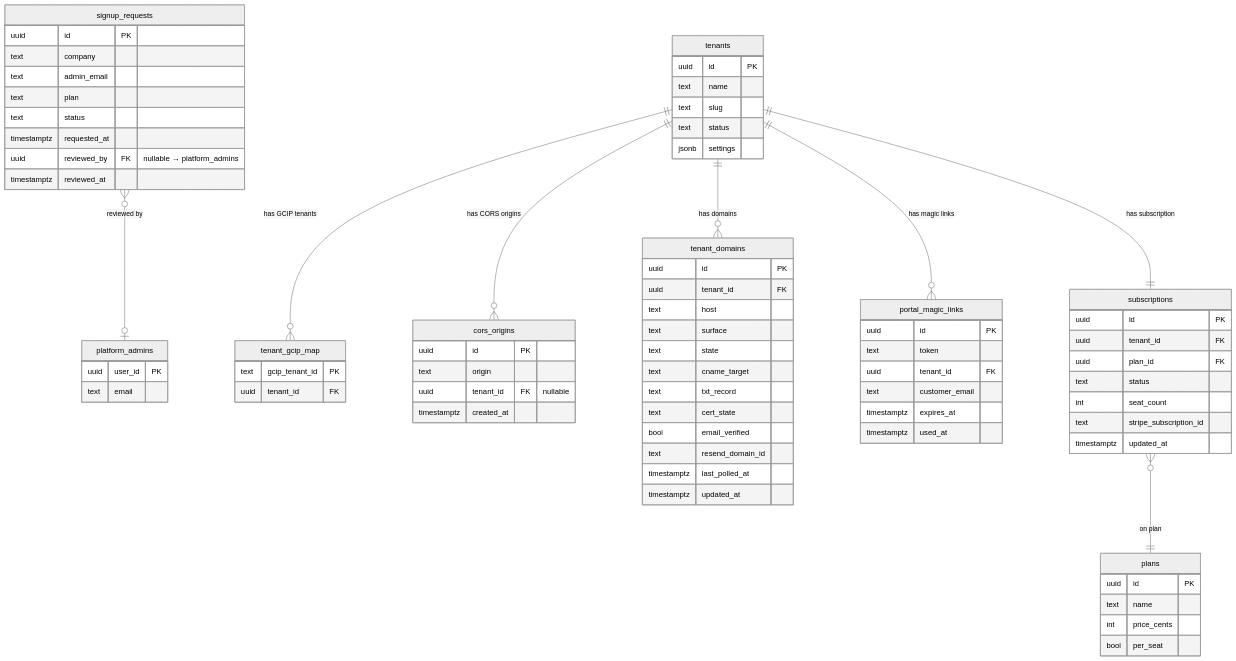
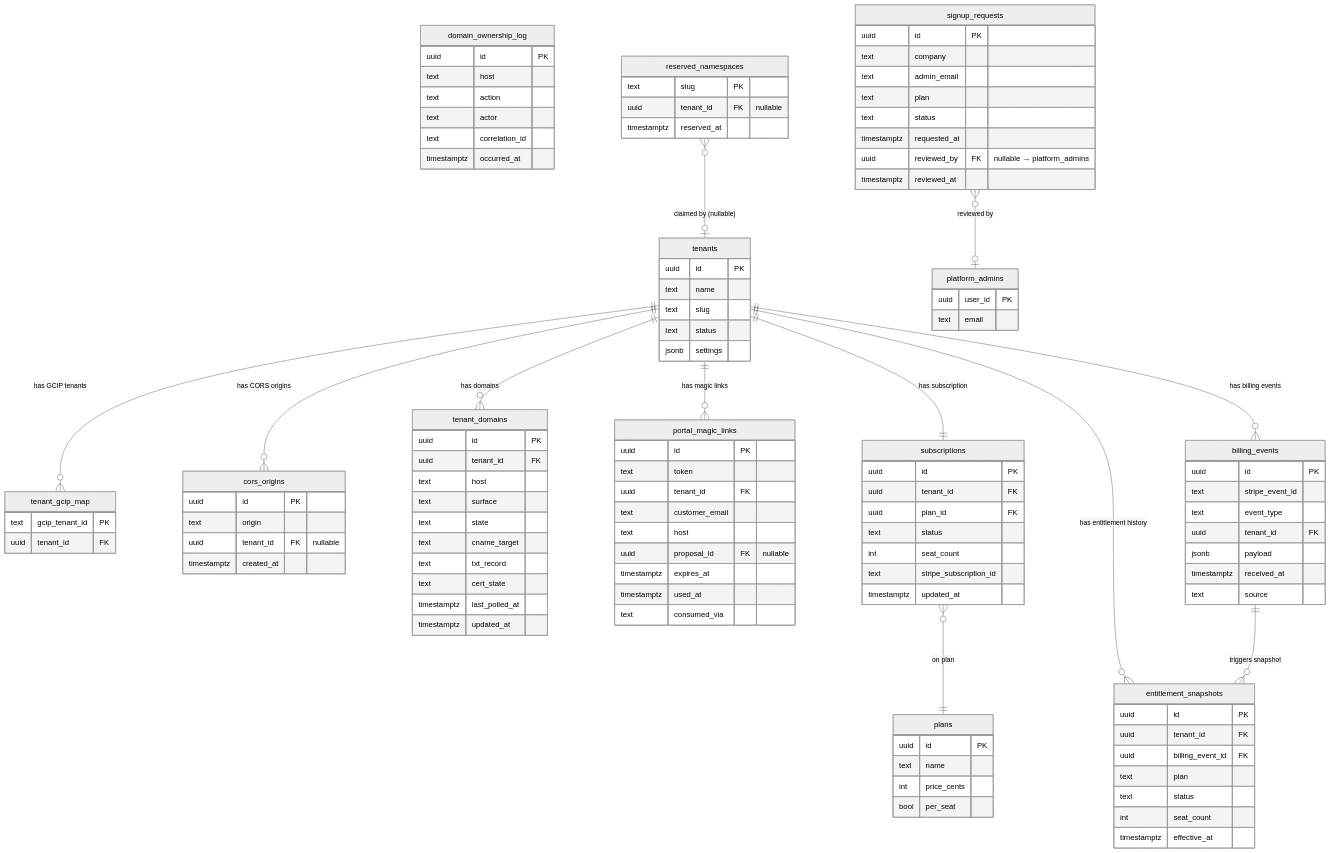
The diagram in docs/superpowers/specs/ezbids/DDD.md (jonpastore/perkins-roofing-video-archival), drawn with Mermaid (neutral theme) before and after one commit. The commit also changed other lines of this file and 2 other files, not shown here.

First line of the commit message:
docs(ezbids): sync PRD/TRD/DDD to council-revised APPROVED plan — J-1/J-2 encoded, all 10 council findings explicit, 3 critical contradictions fixed

````diff
--- a/docs/superpowers/specs/ezbids/DDD.md
+++ b/docs/superpowers/specs/ezbids/DDD.md
@@ -289,8 +405,6 @@
         text cname_target
         text txt_record
         text cert_state
-        bool email_verified
-        text resend_domain_id
         timestamptz last_polled_at
         timestamptz updated_at
     }
@@ -300,8 +414,11 @@
         text token
         uuid tenant_id FK
         text customer_email
+        text host
+        uuid proposal_id FK "nullable"
         timestamptz expires_at
         timestamptz used_at
+        text consumed_via
     }
 
     plans {
@@ -321,6 +438,35 @@
         timestamptz updated_at
     }
 
+    billing_events {
+        uuid id PK
+        text stripe_event_id
+        text event_type
+        uuid tenant_id FK
+        jsonb payload
+        timestamptz received_at
+        text source
+    }
+
+    entitlement_snapshots {
+        uuid id PK
+        uuid tenant_id FK
+        uuid billing_event_id FK
+        text plan
+        text status
+        int seat_count
+        timestamptz effective_at
+    }
+
+    domain_ownership_log {
+        uuid id PK
+        text host
+        text action
+        text actor
+        text correlation_id
+        timestamptz occurred_at
+    }
+
     signup_requests {
         uuid id PK
         text company
@@ -332,11 +478,21 @@
         timestamptz reviewed_at
     }
 
+    reserved_namespaces {
+        text slug PK
+        uuid tenant_id FK "nullable"
+        timestamptz reserved_at
+    }
+
     tenants ||--o{ tenant_gcip_map : "has GCIP tenants"
     tenants ||--o{ cors_origins : "has CORS origins"
     tenants ||--o{ tenant_domains : "has domains"
     tenants ||--o{ portal_magic_links : "has magic links"
     tenants ||--|| subscriptions : "has subscription"
+    tenants ||--o{ billing_events : "has billing events"
+    tenants ||--o{ entitlement_snapshots : "has entitlement history"
     subscriptions }o--|| plans : "on plan"
+    billing_events ||--o{ entitlement_snapshots : "triggers snapshot"
     signup_requests }o--o| platform_admins : "reviewed by"
+    reserved_namespaces }o--o| tenants : "claimed by (nullable)"
 ```
````
